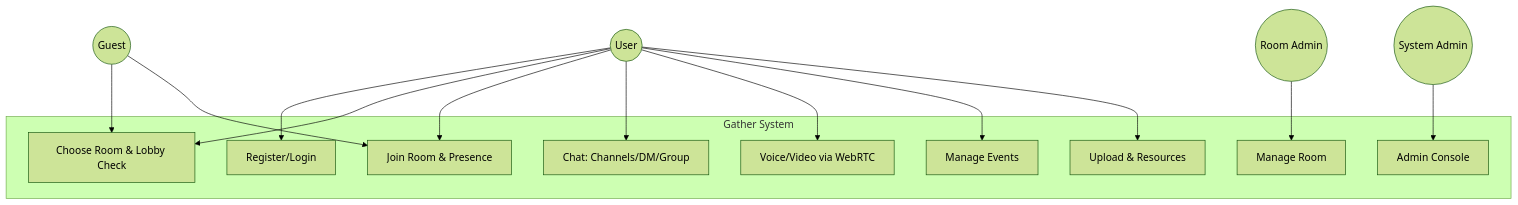
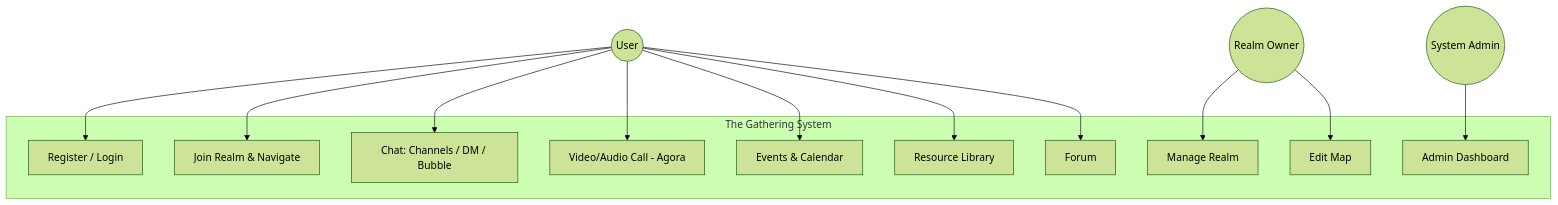
The second of 7 diagrams in doc/SRS.md (BanhVanTranPhat/gather3.0), drawn with Mermaid (forest theme) before and after one commit. The commit also changed other lines of this file and 590 other files, not shown here.

````diff
--- a/doc/SRS.md
+++ b/doc/SRS.md
@@ -198,31 +213,30 @@
 ```mermaid
 flowchart TB
-  Guest((Guest))
   User((User))
-  RAdmin((Room Admin))
+  Owner((Realm Owner))
   SAdmin((System Admin))
 
-  subgraph Gather[Gather System]
-    UC1[Register/Login]
-    UC2[Choose Room & Lobby Check]
-    UC3[Join Room & Presence]
-    UC4[Chat: Channels/DM/Group]
-    UC5[Voice/Video via WebRTC]
-    UC6[Manage Room]
-    UC7[Manage Events]
-    UC8[Upload & Resources]
-    UC9[Admin Console]
+  subgraph TheGathering[The Gathering System]
+    UC1[Register / Login]
+    UC2[Join Realm & Navigate]
+    UC3[Chat: Channels / DM / Bubble]
+    UC4[Video/Audio Call - Agora]
+    UC5[Manage Realm]
+    UC6[Edit Map]
+    UC7[Events & Calendar]
+    UC8[Resource Library]
+    UC9[Forum]
+    UC10[Admin Dashboard]
   end
 
-  Guest --> UC2
-  Guest --> UC3
   User --> UC1
   User --> UC2
   User --> UC3
   User --> UC4
-  User --> UC5
   User --> UC7
   User --> UC8
-  RAdmin --> UC6
-  SAdmin --> UC9
+  User --> UC9
+  Owner --> UC5
+  Owner --> UC6
+  SAdmin --> UC10
 ```
````
